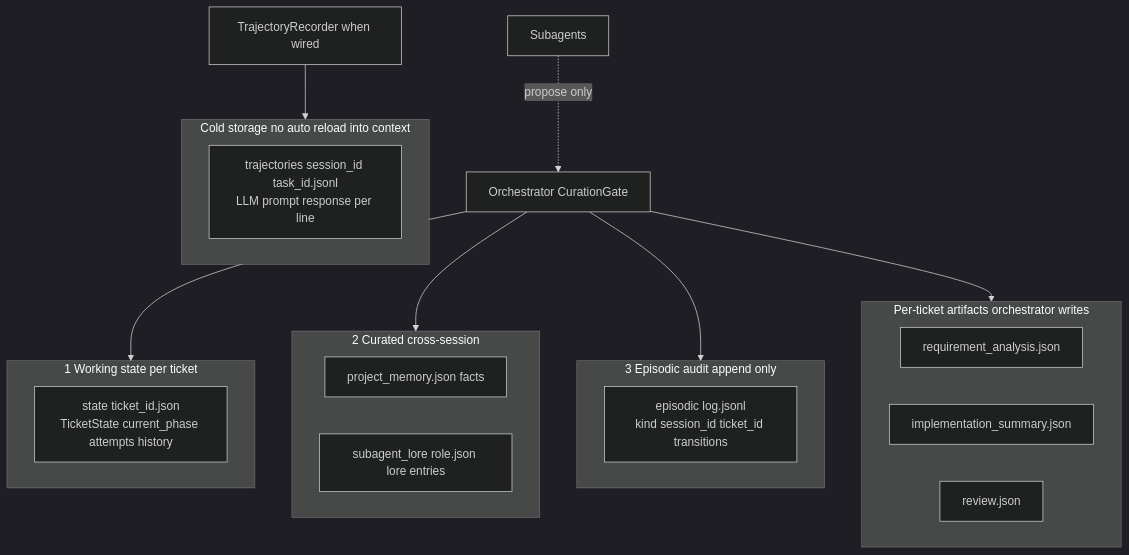
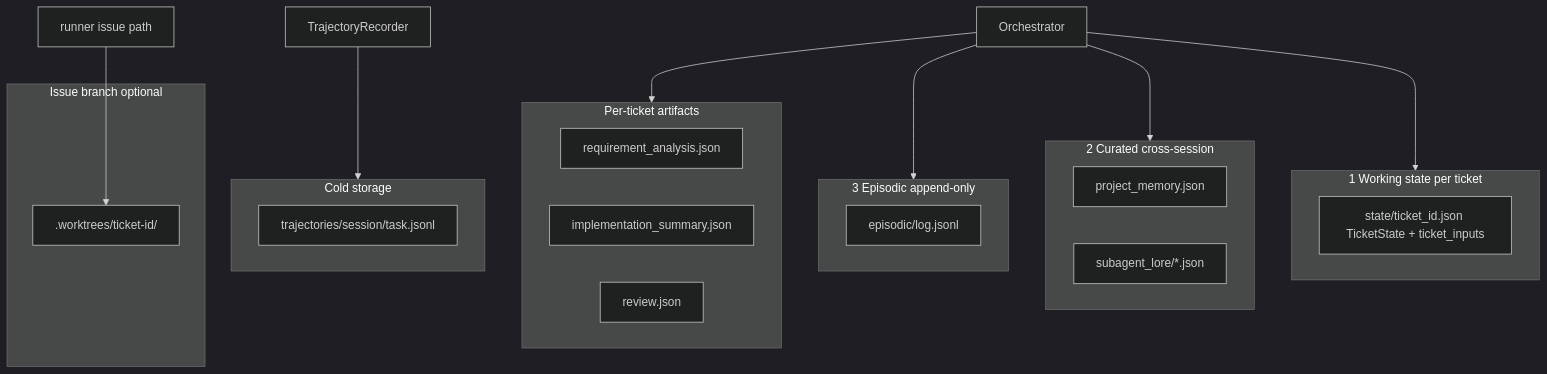
One commit to madeehrehman/sdlc_agent changed the sixth of 10 diagrams in system-design.md. Above: the diagram before and after it, drawn with Mermaid (dark theme). The commit also changed other lines of this file and 1 other file, not shown here.

First line of the commit message:
feat: enhance architecture and system design documentation

````diff
--- a/system-design.md
+++ b/system-design.md
@@ -152,32 +255,36 @@
 ```mermaid
 flowchart TB
   subgraph Working["1 Working state per ticket"]
-    SF["state ticket_id.json<br/>TicketState current_phase attempts history"]
+    SF["state/ticket_id.json TicketState + ticket_inputs"]
   end
 
   subgraph Curated["2 Curated cross-session"]
-    PJ["project_memory.json facts"]
-    LO["subagent_lore role.json lore entries"]
+    PJ[project_memory.json]
+    LO[subagent_lore/*.json]
   end
 
-  subgraph Audit["3 Episodic audit append only"]
-    EP["episodic log.jsonl<br/>kind session_id ticket_id transitions"]
+  subgraph Audit["3 Episodic append-only"]
+    EP[episodic/log.jsonl]
   end
 
-  subgraph Art["Per-ticket artifacts orchestrator writes"]
-    A1["requirement_analysis.json"]
-    A2["implementation_summary.json"]
-    A3["review.json"]
+  subgraph Art["Per-ticket artifacts"]
+    A1[requirement_analysis.json]
+    A2[implementation_summary.json]
+    A3[review.json]
   end
 
-  subgraph Cold["Cold storage no auto reload into context"]
-    TJ["trajectories session_id task_id.jsonl<br/>LLM prompt response per line"]
+  subgraph Cold["Cold storage"]
+    TJ[trajectories/session/task.jsonl]
   end
 
-  ORC[Orchestrator CurationGate] --> Working
+  subgraph GitWork["Issue branch optional"]
+    WT2[".worktrees/ticket-id/"]
+  end
+
+  ORC[Orchestrator] --> Working
   ORC --> Curated
   ORC --> Audit
   ORC --> Art
-  SUB[Subagents] -. propose only .-> ORC
-  TR[TrajectoryRecorder when wired] --> Cold
+  RUNR[runner issue path] --> WT2
+  TR[TrajectoryRecorder] --> Cold
 ```
````
